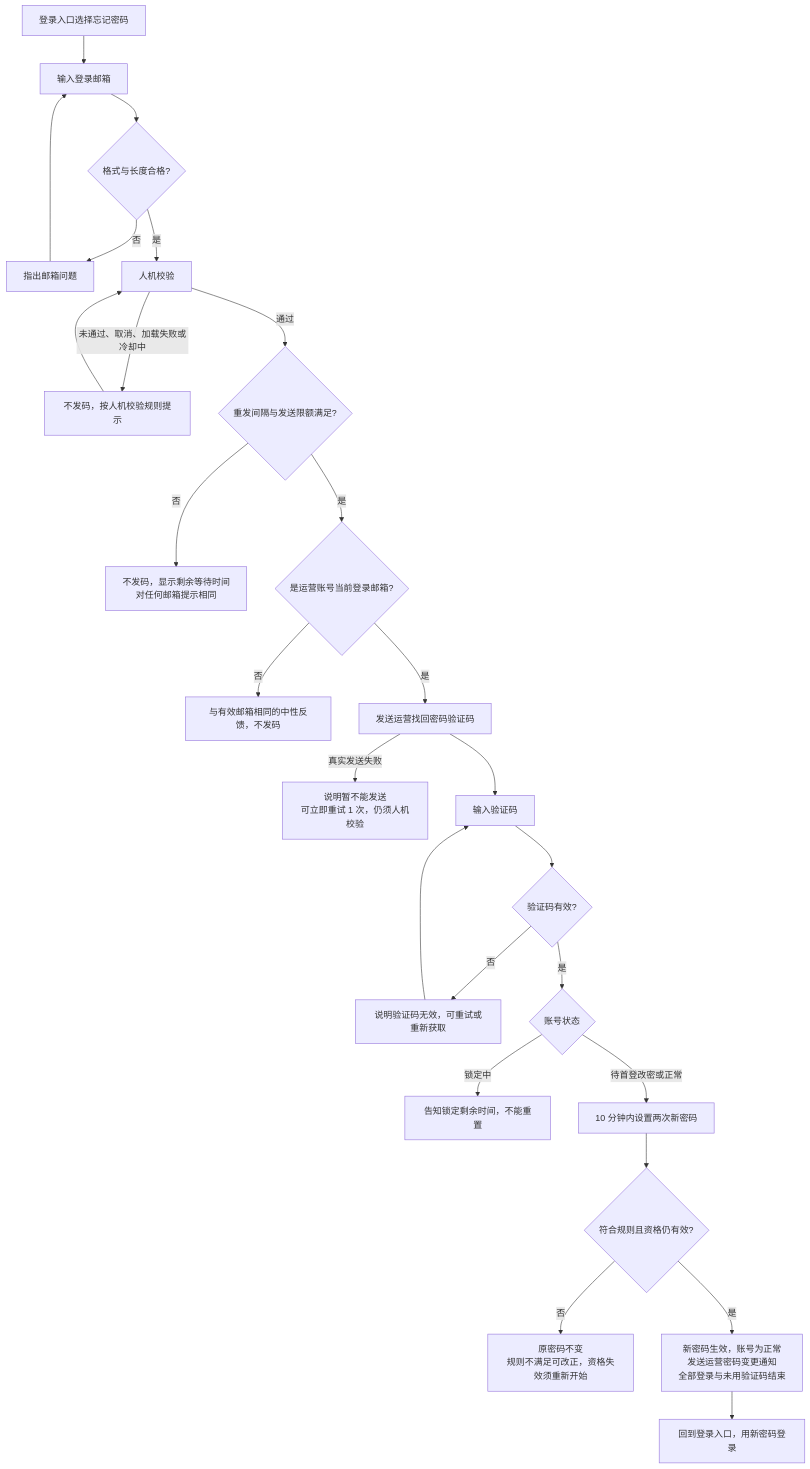
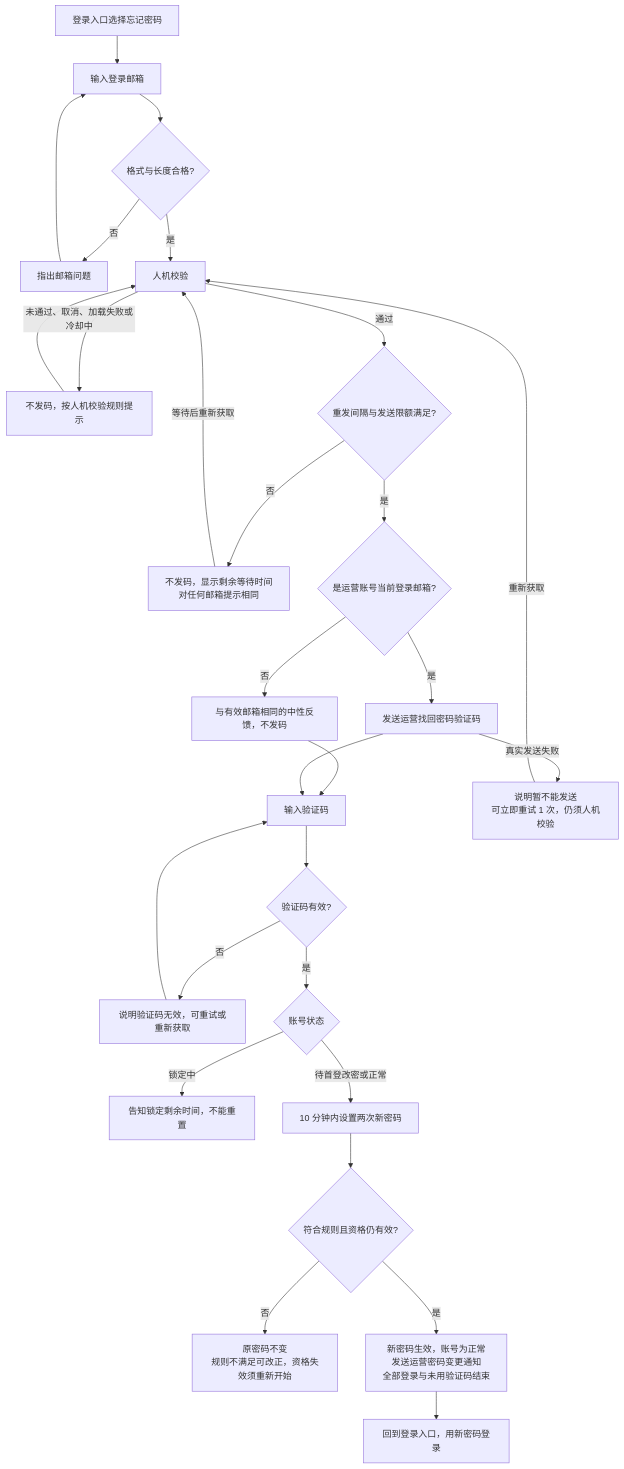
Before and after one commit to wxblockchain/Chain-Financing: the second of 7 diagrams in asset-trust-platform/PRD/运营端/M2-运营登录与企业管理/02-运营登录与企业管理-流程图与状态机.md, drawn with Mermaid. The commit also changed other lines of this file and 3 other files, not shown here.

````diff
--- a/asset-trust-platform/PRD/运营端/M2-运营登录与企业管理/02-运营登录与企业管理-流程图与状态机.md
+++ b/asset-trust-platform/PRD/运营端/M2-运营登录与企业管理/02-运营登录与企业管理-流程图与状态机.md
@@ -59,27 +59,30 @@
 ```mermaid
 flowchart TD
     A[登录入口选择忘记密码] --> B[输入登录邮箱]
     B --> B1{格式与长度合格?}
     B1 -->|否| B2[指出邮箱问题]
     B2 --> B
     B1 -->|是| C[人机校验]
     C -->|未通过、取消、加载失败或冷却中| C1[不发码，按人机校验规则提示]
     C1 --> C
     C -->|通过| D{重发间隔与发送限额满足?}
     D -->|否| D1[不发码，显示剩余等待时间<br/>对任何邮箱提示相同]
+    D1 -->|等待后重新获取| C
     D -->|是| E{是运营账号当前登录邮箱?}
     E -->|否| E1[与有效邮箱相同的中性反馈，不发码]
+    E1 --> F
     E -->|是| E2[发送运营找回密码验证码]
     E2 -->|真实发送失败| E3[说明暂不能发送<br/>可立即重试 1 次，仍须人机校验]
+    E3 -->|重新获取| C
     E2 --> F[输入验证码]
     F --> F1{验证码有效?}
     F1 -->|否| F2[说明验证码无效，可重试或重新获取]
     F2 --> F
     F1 -->|是| G{账号状态}
     G -->|锁定中| G1[告知锁定剩余时间，不能重置]
     G -->|待首登改密或正常| H[10 分钟内设置两次新密码]
     H --> H1{符合规则且资格仍有效?}
     H1 -->|否| H2[原密码不变<br/>规则不满足可改正，资格失效须重新开始]
     H1 -->|是| I[新密码生效，账号为正常<br/>发送运营密码变更通知<br/>全部登录与未用验证码结束]
     I --> J[回到登录入口，用新密码登录]
 ```
````
